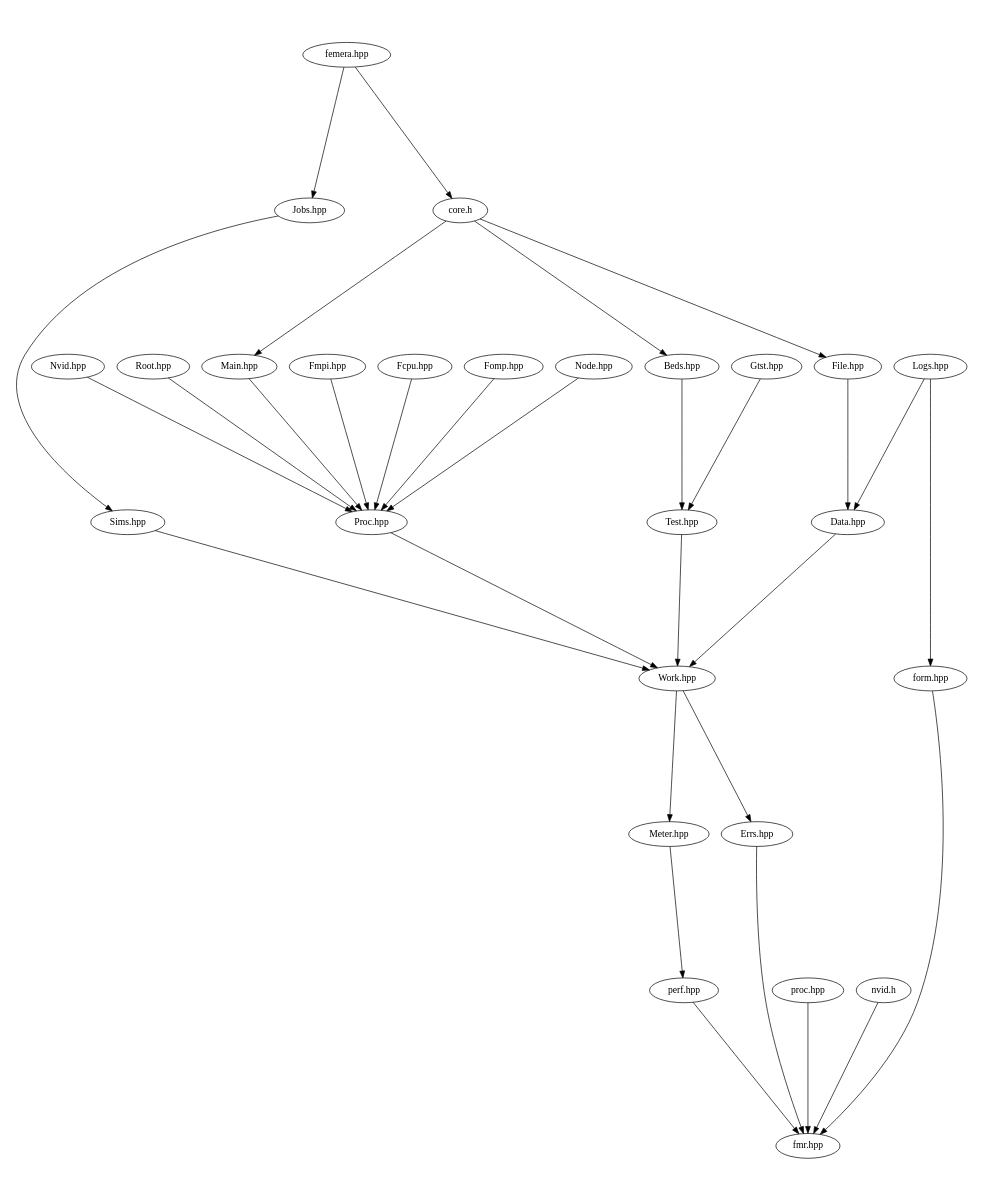
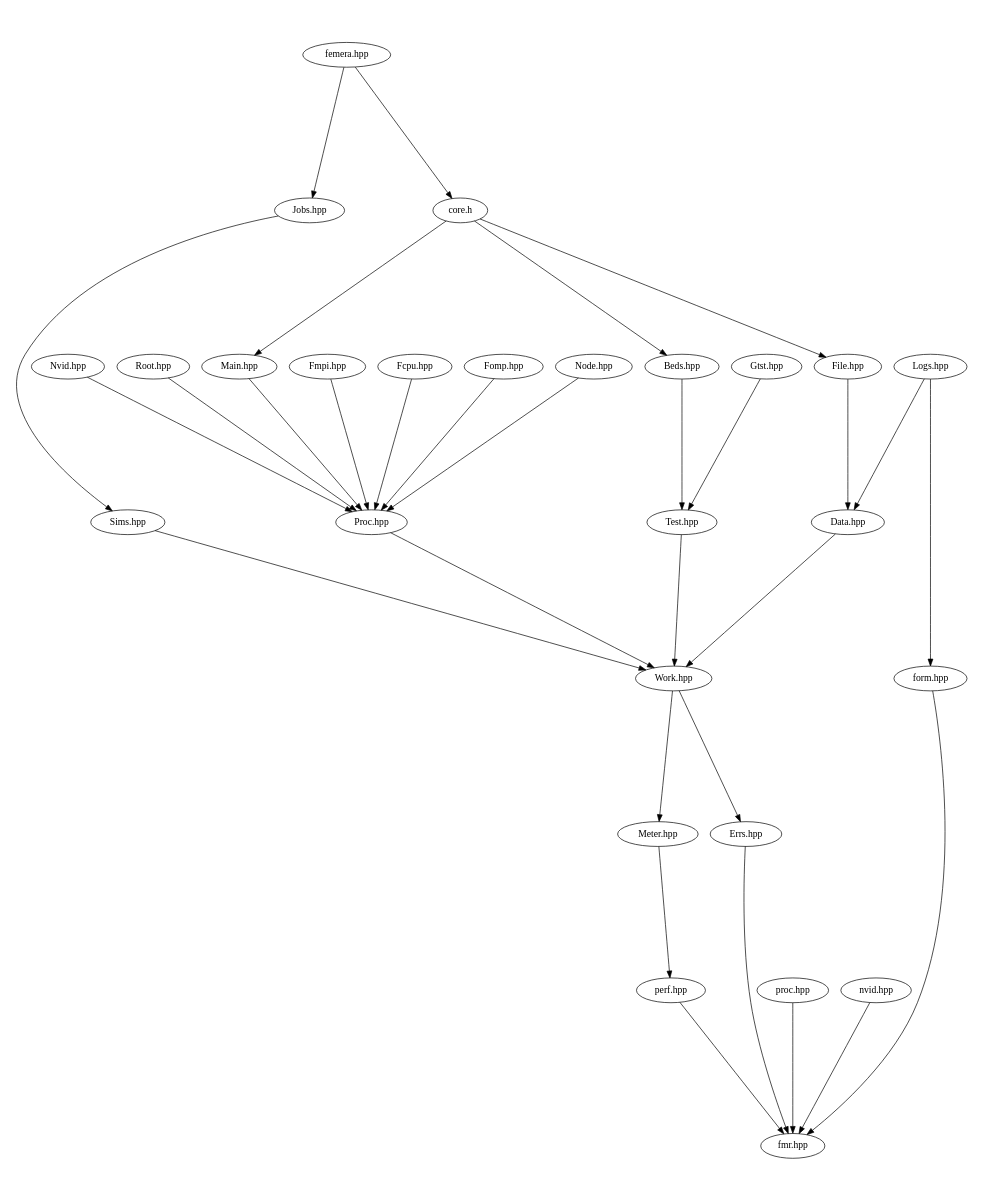
Before and after one commit to waggyz/femera-mini-app: the diagram in src/docs/src-headers.dot, drawn with Graphviz. The commit also changed 12 other files, not shown here.

```diff
--- a/src/docs/src-headers.dot
+++ b/src/docs/src-headers.dot
@@ -1,38 +1,38 @@
 digraph "source tree" {
     overlap=scale;
     size="8,10";
     ratio="fill";
     fontsize="16";
     fontname="Helvetica";
 	clusterrank="local";
 	"femera.hpp" -> "Jobs.hpp"
 	"Meter.hpp" -> "perf.hpp"
 	"Sims.hpp" -> "Work.hpp"
 	"Work.hpp" -> "Errs.hpp"
 	"proc.hpp" -> "fmr.hpp"
 	"Nvid.hpp" -> "Proc.hpp"
 	"Root.hpp" -> "Proc.hpp"
 	"core.h" -> "Main.hpp"
+	"nvid.hpp" -> "fmr.hpp"
 	"perf.hpp" -> "fmr.hpp"
 	"Fmpi.hpp" -> "Proc.hpp"
 	"Test.hpp" -> "Work.hpp"
 	"Fcpu.hpp" -> "Proc.hpp"
 	"Fomp.hpp" -> "Proc.hpp"
 	"core.h" -> "File.hpp"
 	"Logs.hpp" -> "Data.hpp"
 	"core.h" -> "Beds.hpp"
 	"Errs.hpp" -> "fmr.hpp"
 	"Node.hpp" -> "Proc.hpp"
 	"Jobs.hpp" -> "Sims.hpp"
 	"File.hpp" -> "Data.hpp"
-	"nvid.h" -> "fmr.hpp"
 	"Beds.hpp" -> "Test.hpp"
 	"Proc.hpp" -> "Work.hpp"
 	"form.hpp" -> "fmr.hpp"
 	"Gtst.hpp" -> "Test.hpp"
 	"Data.hpp" -> "Work.hpp"
 	"femera.hpp" -> "core.h"
 	"Work.hpp" -> "Meter.hpp"
 	"Logs.hpp" -> "form.hpp"
 	"Main.hpp" -> "Proc.hpp"
 }
```
